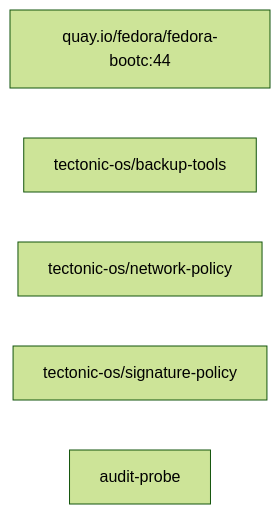
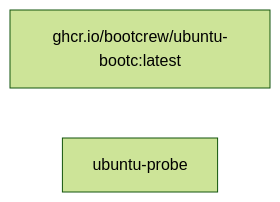
Before and after one commit to tectonic-os/proving-ground: the diagram in generated/proving-ground.graph.md, drawn with Mermaid (forest theme). The commit also changed other lines of this file and 20 other files, not shown here.

````diff
--- a/generated/proving-ground.graph.md
+++ b/generated/proving-ground.graph.md
@@ -9,8 +9,5 @@
 ```mermaid
 graph LR
-    base["quay.io/fedora/fedora-bootc:44"]
-    m0["tectonic-os/backup-tools"]
-    m1["tectonic-os/network-policy"]
-    m2["tectonic-os/signature-policy"]
-    m3["audit-probe"]
+    base["ghcr.io/bootcrew/ubuntu-bootc:latest"]
+    m0["ubuntu-probe"]
 ```
````
